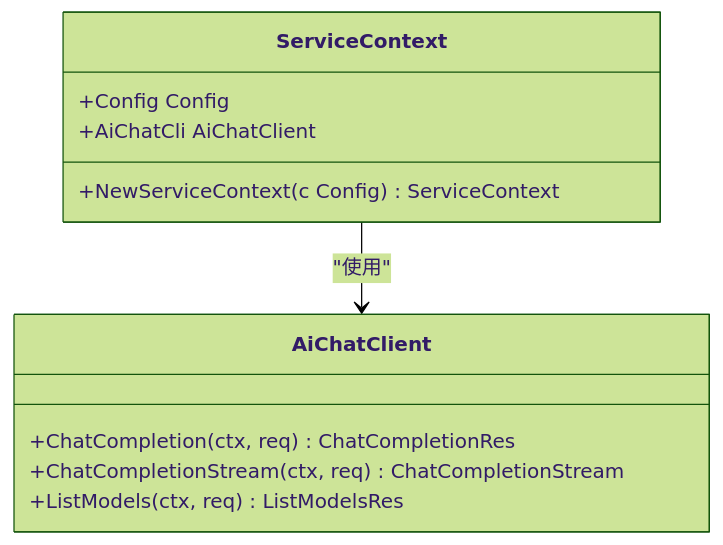
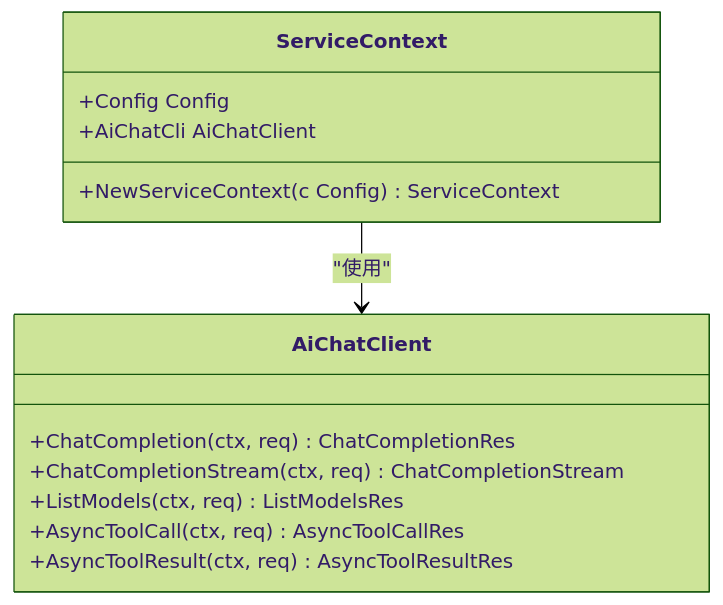
One commit to maomao94/zero-service changed the third of 21 diagrams in .qoder/repowiki/zh/content/Aigtw Gateway Service.md. Above: the diagram before and after it, drawn with Mermaid (forest theme). The commit also changed other lines of this file and 42 other files, not shown here.

````diff
--- a/.qoder/repowiki/zh/content/Aigtw Gateway Service.md
+++ b/.qoder/repowiki/zh/content/Aigtw Gateway Service.md
@@ -112,14 +161,16 @@
 ```mermaid
 classDiagram
 class ServiceContext {
 +Config Config
 +AiChatCli AiChatClient
 +NewServiceContext(c Config) ServiceContext
 }
 class AiChatClient {
 +ChatCompletion(ctx, req) ChatCompletionRes
 +ChatCompletionStream(ctx, req) ChatCompletionStream
 +ListModels(ctx, req) ListModelsRes
++AsyncToolCall(ctx, req) AsyncToolCallRes
++AsyncToolResult(ctx, req) AsyncToolResultRes
 }
 ServiceContext --> AiChatClient : "使用"
 ```
````
